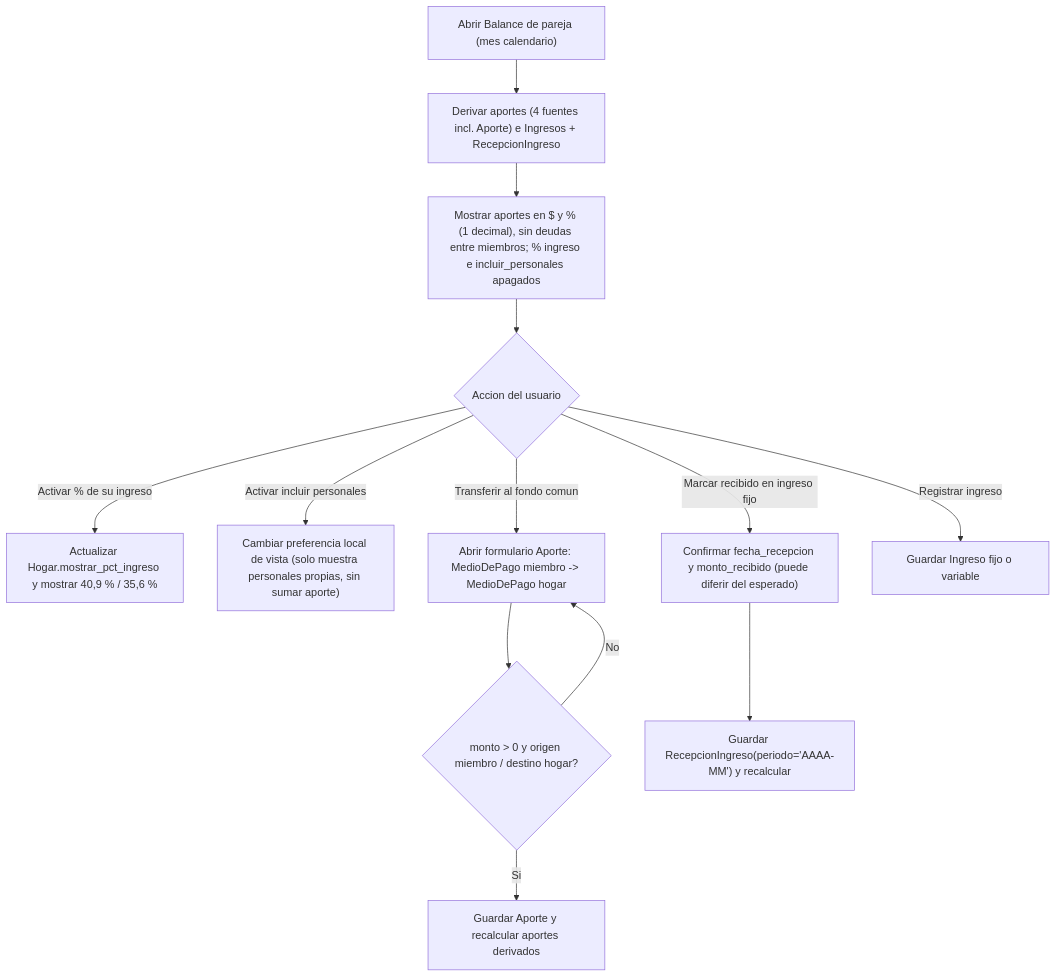
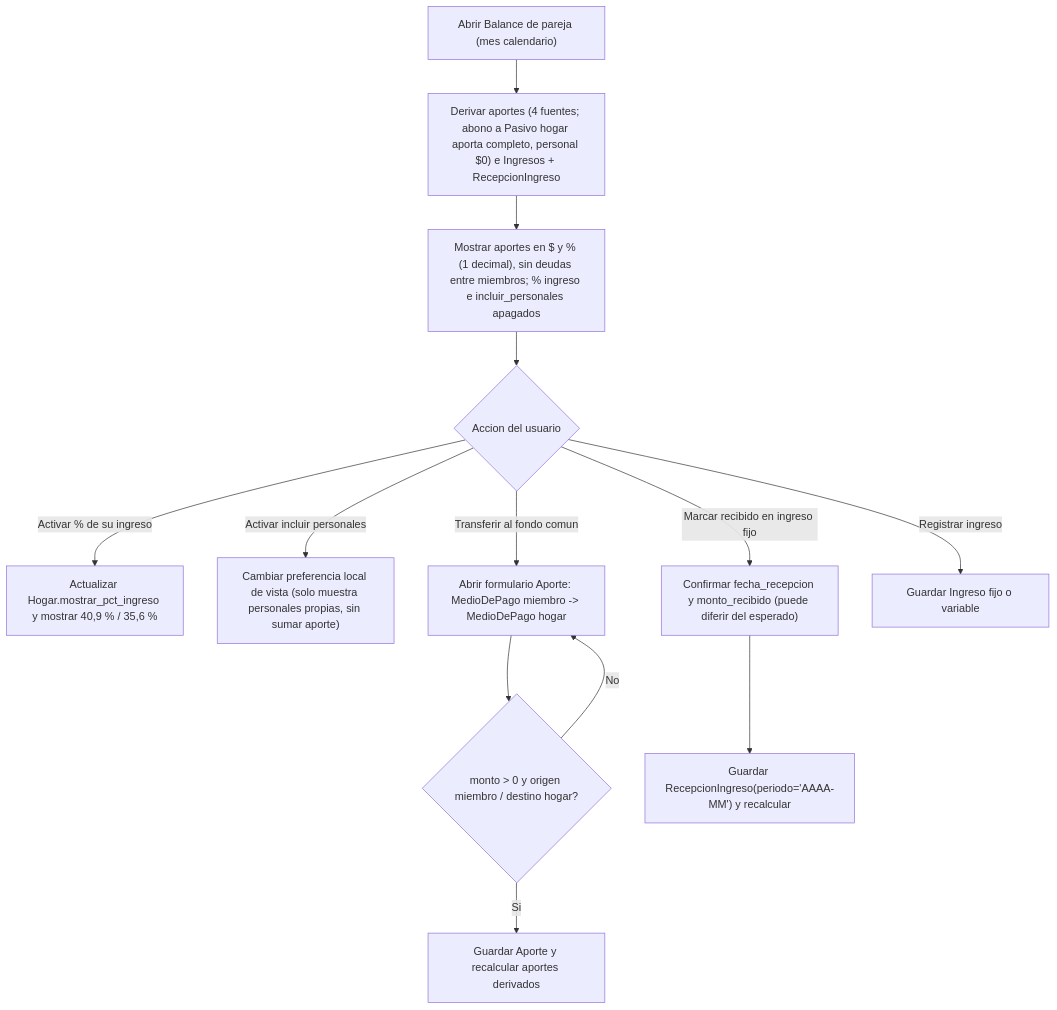
The diagram in docs/flows/balance-de-pareja.md (meperdev/hogar-app), drawn with Mermaid before and after one commit. The commit also changed other lines of this file and 3 other files, not shown here.

Commit message:
design: aportes por ámbito del pasivo y sobrepago

````diff
--- a/docs/flows/balance-de-pareja.md
+++ b/docs/flows/balance-de-pareja.md
@@ -90,15 +90,15 @@
 ```mermaid
 flowchart TD
-    A["Abrir Balance de pareja (mes calendario)"] --> B["Derivar aportes (4 fuentes incl. Aporte) e Ingresos + RecepcionIngreso"]
+    A["Abrir Balance de pareja (mes calendario)"] --> B["Derivar aportes (4 fuentes; abono a Pasivo hogar aporta completo, personal $0) e Ingresos + RecepcionIngreso"]
     B --> C["Mostrar aportes en $ y % (1 decimal), sin deudas entre miembros; % ingreso e incluir_personales apagados"]
     C --> D{"Accion del usuario"}
     D -- "Activar % de su ingreso" --> E["Actualizar Hogar.mostrar_pct_ingreso y mostrar 40,9 % / 35,6 %"]
     D -- "Activar incluir personales" --> F["Cambiar preferencia local de vista (solo muestra personales propias, sin sumar aporte)"]
     D -- "Transferir al fondo comun" --> G["Abrir formulario Aporte: MedioDePago miembro -> MedioDePago hogar"]
     G --> H{"monto > 0 y origen miembro / destino hogar?"}
     H -- No --> G
     H -- Si --> I["Guardar Aporte y recalcular aportes derivados"]
     D -- "Marcar recibido en ingreso fijo" --> J["Confirmar fecha_recepcion y monto_recibido (puede diferir del esperado)"]
     J --> K["Guardar RecepcionIngreso(periodo='AAAA-MM') y recalcular"]
     D -- "Registrar ingreso" --> L["Guardar Ingreso fijo o variable"]
 ```
````
